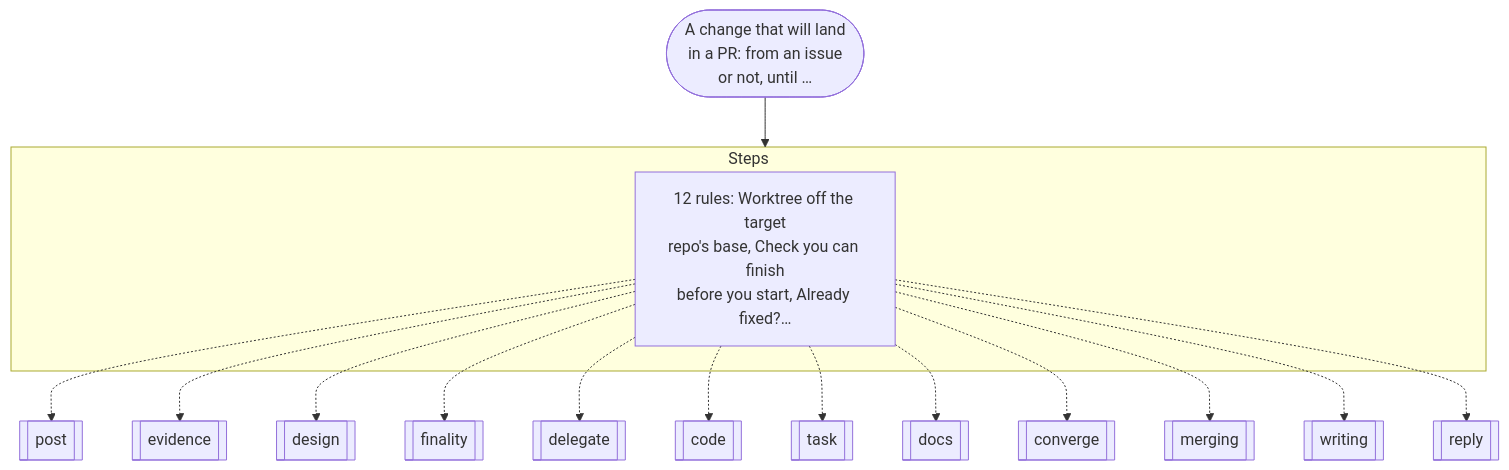
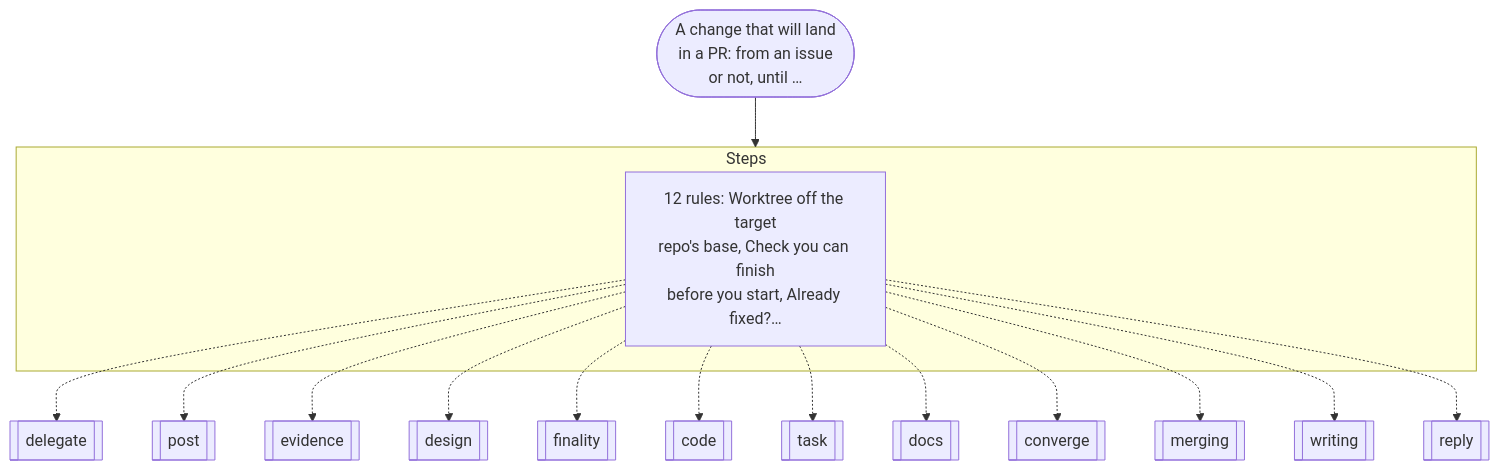
Before and after one commit to nitedani-agent/mergeworthy: the second of 19 diagrams in docs/graphs.md, drawn with Mermaid. The commit also changed other lines of this file and 11 other files, not shown here.

````diff
--- a/docs/graphs.md
+++ b/docs/graphs.md
@@ -52,20 +52,20 @@
 ```mermaid
 flowchart TB
   start(["A change that will land<br/>in a PR: from an issue<br/>or not, until …"])
   subgraph g0["Steps"]
     s0["12 rules: Worktree off the target<br/>repo's base, Check you can finish<br/>before you start, Already fixed?…"]
   end
-  s0 -.-> r1[["post"]]
-  s0 -.-> r2[["evidence"]]
-  s0 -.-> r3[["design"]]
-  s0 -.-> r4[["finality"]]
-  s0 -.-> r5[["delegate"]]
+  s0 -.-> r1[["delegate"]]
+  s0 -.-> r2[["post"]]
+  s0 -.-> r3[["evidence"]]
+  s0 -.-> r4[["design"]]
+  s0 -.-> r5[["finality"]]
   s0 -.-> r6[["code"]]
   s0 -.-> r7[["task"]]
   s0 -.-> r8[["docs"]]
   s0 -.-> r9[["converge"]]
   s0 -.-> r10[["merging"]]
   s0 -.-> r11[["writing"]]
   s0 -.-> r12[["reply"]]
   start --> g0
 ```
````
